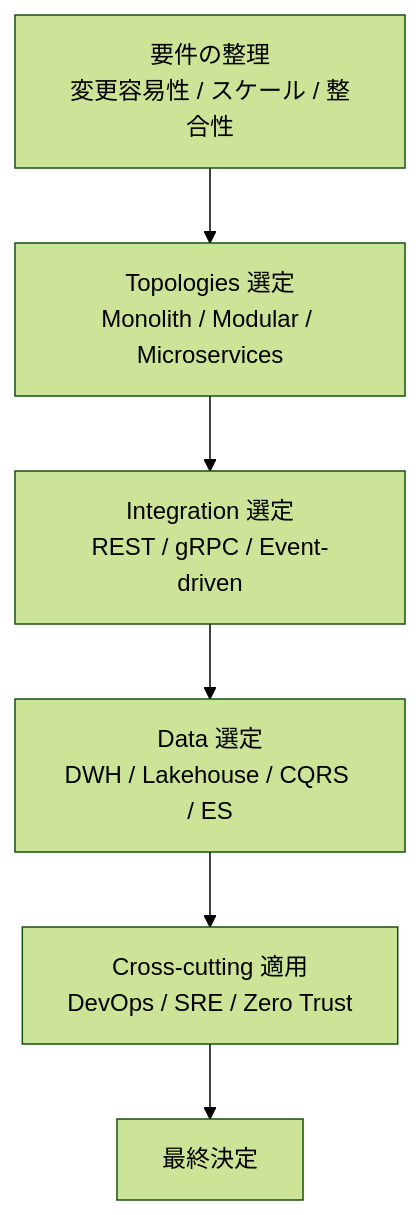
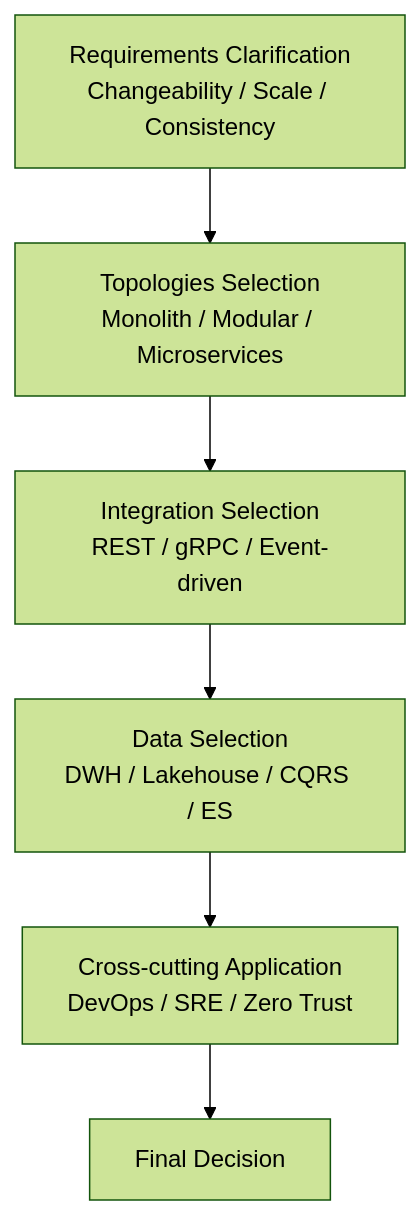
One commit to TAKT-R-D/design-pattern changed the diagram in architecture/decision-guide.md. Above: the diagram before and after it, drawn with Mermaid (forest theme). The commit also changed other lines of this file and 68 other files, not shown here.

````diff
--- a/architecture/decision-guide.md
+++ b/architecture/decision-guide.md
@@ -109,8 +109,8 @@
 ```mermaid
 graph TD
-  A[要件の整理<br>変更容易性 / スケール / 整合性] --> B[Topologies 選定<br>Monolith / Modular / Microservices]
-  B --> C[Integration 選定<br>REST / gRPC / Event-driven]
-  C --> D[Data 選定<br>DWH / Lakehouse / CQRS / ES]
-  D --> E[Cross-cutting 適用<br>DevOps / SRE / Zero Trust]
-  E --> F[最終決定]
+  A[Requirements Clarification<br>Changeability / Scale / Consistency] --> B[Topologies Selection<br>Monolith / Modular / Microservices]
+  B --> C[Integration Selection<br>REST / gRPC / Event-driven]
+  C --> D[Data Selection<br>DWH / Lakehouse / CQRS / ES]
+  D --> E[Cross-cutting Application<br>DevOps / SRE / Zero Trust]
+  E --> F[Final Decision]
 ```
````
